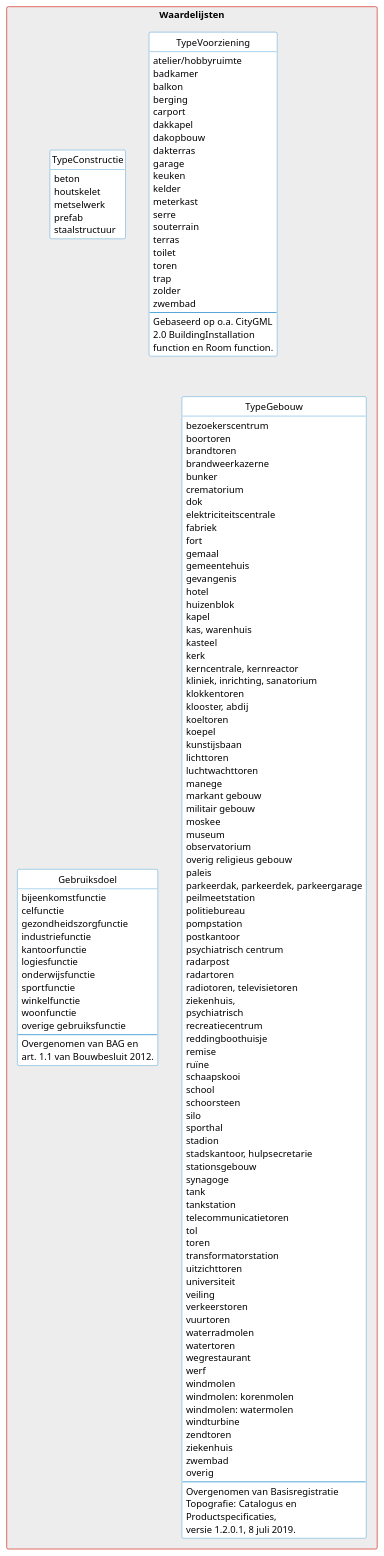
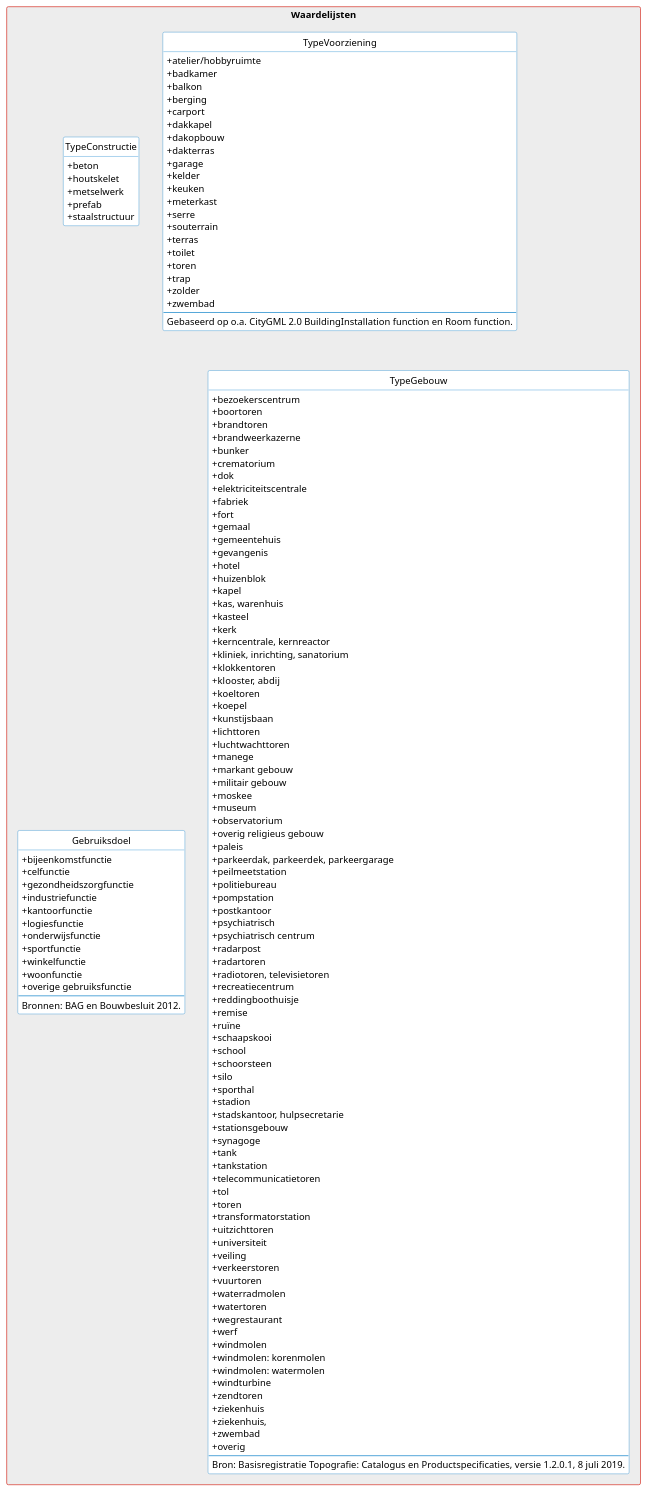
One commit to geobasisregistraties/werkgroep-bouwwerken changed the diagram in model/waardelijsten.puml. Above: the diagram before and after it, drawn with PlantUML.

```diff
--- a/model/waardelijsten.puml
+++ b/model/waardelijsten.puml
@@ -29,7 +29,7 @@
 ' skinparam linetype polyline
 ' --------^-^-^-^-^-^-^-^--------
 
-' skinparam WrapWidth 165
+' skinparam WrapWidth 200
 
 skinparam Shadowing false
 
@@ -71,62 +71,59 @@
 package "Waardelijsten" <<rectangle>> #ededed {
     ' https://www.groephuyzentruyt.be/blog/de-verschillende-bouwmethodes
     class TypeConstructie << Referentielijst >> {
-        beton
-        houtskelet
-        metselwerk
-        prefab
-        staalstructuur
+        + beton
+        + houtskelet
+        + metselwerk
+        + prefab
+        + staalstructuur
     }
 
     class TypeVoorziening << Referentielijst >> {
-        atelier/hobbyruimte
-        badkamer
-        balkon
-        berging
-        carport
-        dakkapel
-        dakopbouw
-        dakterras
-        garage
-        keuken
-        kelder
-        meterkast
-        serre
-        souterrain
-        terras
-        toilet
-        toren
-        trap
-        zolder
-        zwembad
+        + atelier/hobbyruimte
+        + badkamer
+        + balkon
+        + berging
+        + carport
+        + dakkapel
+        + dakopbouw
+        + dakterras
+        + garage
+        + kelder
+        + keuken
+        + meterkast
+        + serre
+        + souterrain
+        + terras
+        + toilet
+        + toren
+        + trap
+        + zolder
+        + zwembad
         --
-        Gebaseerd op o.a. CityGML
-        2.0 BuildingInstallation
-        function en Room function.
+        Gebaseerd op o.a. CityGML 2.0 BuildingInstallation function en Room function.
     }
 
 '     class TypeMetagegeven << Referentielijst >> {
-'         in onderzoek
 '         accuraatheid
 '         bewerkingsmethode
+'         in onderzoek
 '         inwinningsmethode
 '     }
 
     class Gebruiksdoel << Referentielijst >> {
-        bijeenkomstfunctie
-        celfunctie
-        gezondheidszorgfunctie
-        industriefunctie
-        kantoorfunctie
-        logiesfunctie
-        onderwijsfunctie
-        sportfunctie
-        winkelfunctie
-        woonfunctie
-        overige gebruiksfunctie
+        + bijeenkomstfunctie
+        + celfunctie
+        + gezondheidszorgfunctie
+        + industriefunctie
+        + kantoorfunctie
+        + logiesfunctie
+        + onderwijsfunctie
+        + sportfunctie
+        + winkelfunctie
+        + woonfunctie
+        + overige gebruiksfunctie
         --
-        Overgenomen van BAG en
-        art. 1.1 van Bouwbesluit 2012.
+        Bronnen: BAG en Bouwbesluit 2012.
     }
 
     class TypeGebouw << Referentielijst >> {
@@ -153,97 +150,93 @@
 '         windturbine
 '         zonnescherm
 '         --
-'         Overgenomen van INSPIRE
-'         BuildingNatureValue.
+'         Bron: INSPIRE BuildingNatureValue.
 '
-        bezoekerscentrum
-        boortoren
-        brandtoren
-        brandweerkazerne
-        bunker
-        crematorium
-        dok
-        elektriciteitscentrale
-        fabriek
-        fort
-        gemaal
-        gemeentehuis
-        gevangenis
-        hotel
-        huizenblok
-        kapel
-        kas, warenhuis
-        kasteel
-        kerk
-        kerncentrale, kernreactor
-        kliniek, inrichting, sanatorium
-        klokkentoren
-        klooster, abdij
-        koeltoren
-        koepel
-        kunstijsbaan
-        lichttoren
-        luchtwachttoren
-        manege
-        markant gebouw
-        militair gebouw
-        moskee
-        museum
-        observatorium
-        overig religieus gebouw
-        paleis
-        parkeerdak, parkeerdek, parkeergarage
-        peilmeetstation
-        politiebureau
-        pompstation
-        postkantoor
-        psychiatrisch centrum
-        radarpost
-        radartoren
-        radiotoren, televisietoren
-        ziekenhuis,
-        psychiatrisch
-        recreatiecentrum
-        reddingboothuisje
-        remise
-        ruïne
-        schaapskooi
-        school
-        schoorsteen
-        silo
-        sporthal
-        stadion
-        stadskantoor, hulpsecretarie
-        stationsgebouw
-        synagoge
-        tank
-        tankstation
-        telecommunicatietoren
-        tol
-        toren
-        transformatorstation
-        uitzichttoren
-        universiteit
-        veiling
-        verkeerstoren
-        vuurtoren
-        waterradmolen
-        watertoren
-        wegrestaurant
-        werf
-        windmolen
-        windmolen: korenmolen
-        windmolen: watermolen
-        windturbine
-        zendtoren
-        ziekenhuis
-        zwembad
-        overig
+        + bezoekerscentrum
+        + boortoren
+        + brandtoren
+        + brandweerkazerne
+        + bunker
+        + crematorium
+        + dok
+        + elektriciteitscentrale
+        + fabriek
+        + fort
+        + gemaal
+        + gemeentehuis
+        + gevangenis
+        + hotel
+        + huizenblok
+        + kapel
+        + kas, warenhuis
+        + kasteel
+        + kerk
+        + kerncentrale, kernreactor
+        + kliniek, inrichting, sanatorium
+        + klokkentoren
+        + klooster, abdij
+        + koeltoren
+        + koepel
+        + kunstijsbaan
+        + lichttoren
+        + luchtwachttoren
+        + manege
+        + markant gebouw
+        + militair gebouw
+        + moskee
+        + museum
+        + observatorium
+        + overig religieus gebouw
+        + paleis
+        + parkeerdak, parkeerdek, parkeergarage
+        + peilmeetstation
+        + politiebureau
+        + pompstation
+        + postkantoor
+        + psychiatrisch
+        + psychiatrisch centrum
+        + radarpost
+        + radartoren
+        + radiotoren, televisietoren
+        + recreatiecentrum
+        + reddingboothuisje
+        + remise
+        + ruïne
+        + schaapskooi
+        + school
+        + schoorsteen
+        + silo
+        + sporthal
+        + stadion
+        + stadskantoor, hulpsecretarie
+        + stationsgebouw
+        + synagoge
+        + tank
+        + tankstation
+        + telecommunicatietoren
+        + tol
+        + toren
+        + transformatorstation
+        + uitzichttoren
+        + universiteit
+        + veiling
+        + verkeerstoren
+        + vuurtoren
+        + waterradmolen
+        + watertoren
+        + wegrestaurant
+        + werf
+        + windmolen
+        + windmolen: korenmolen
+        + windmolen: watermolen
+        + windturbine
+        + zendtoren
+        + ziekenhuis
+        + ziekenhuis,
+        + zwembad
+        + overig
         --
-        Overgenomen van Basisregistratie
-        Topografie: Catalogus en
-        Productspecificaties,
-        versie 1.2.0.1, 8 juli 2019.
+        Bron: Basisregistratie Topografie: Catalogus en Productspecificaties, versie 1.2.0.1, 8 juli 2019.
     }
 }
 @enduml
```
